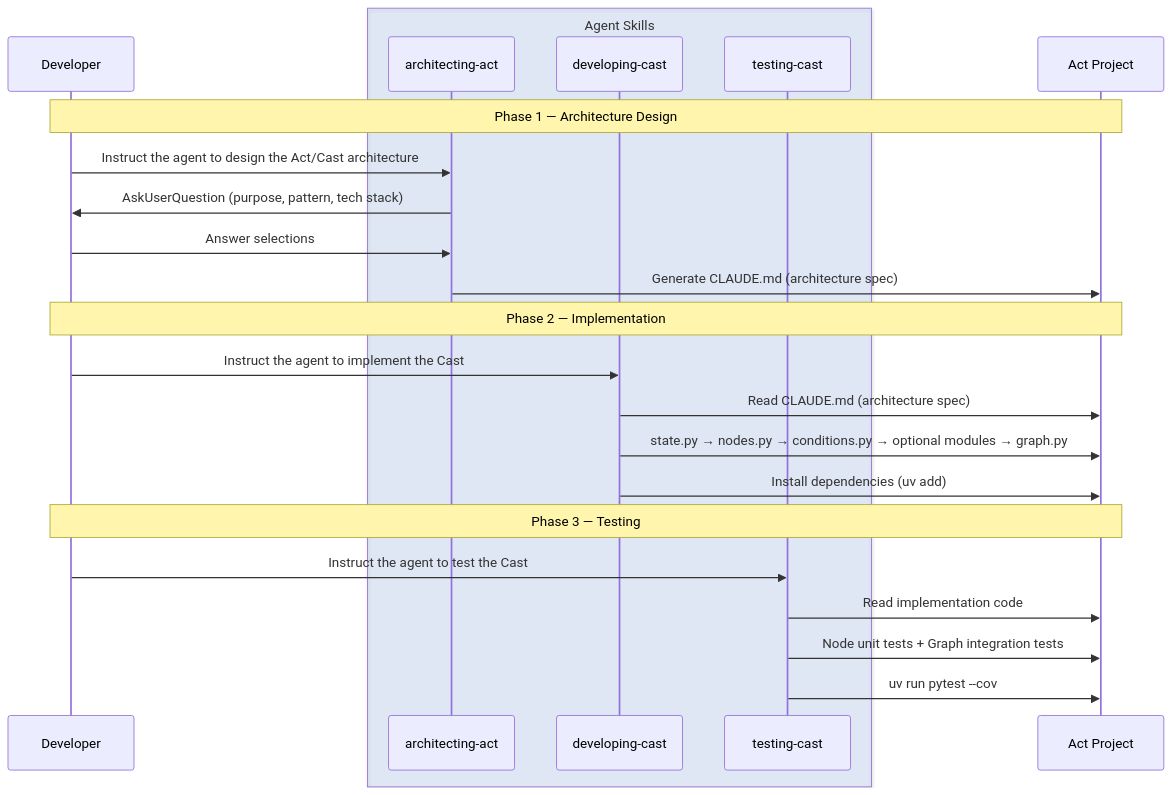
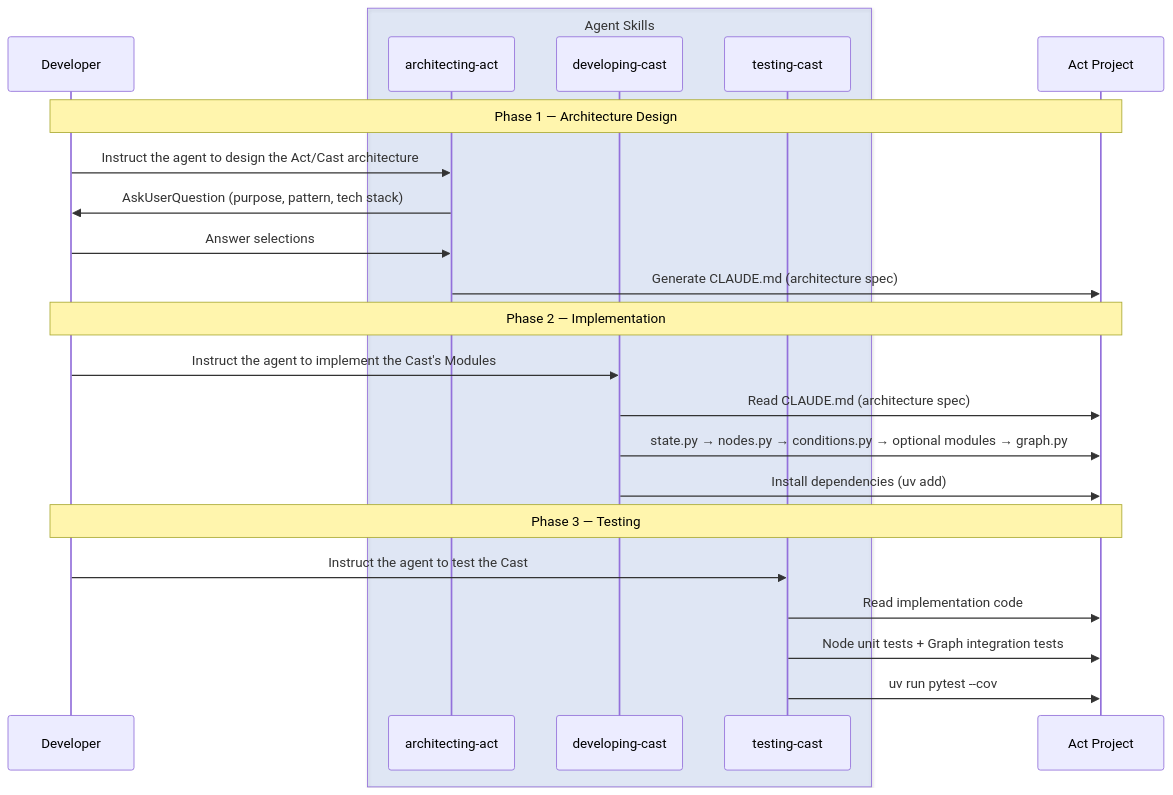
The third of 3 diagrams in README.md (Proact0/act-operator), drawn with Mermaid before and after one commit. The commit also changed 1 other file, not shown here.

Commit message:
docs: refine sequence diagram instructions in README to specify implementation of Cast modules for clarity

````diff
--- a/README.md
+++ b/README.md
@@ -224,28 +224,28 @@
 ```mermaid
 sequenceDiagram
     participant U as Developer
     box rgba(100, 149, 237, 0.15) Agent Skills
         participant AA as architecting-act
         participant DC as developing-cast
         participant TC as testing-cast
     end
     participant P as Act Project
 
     Note over U,P: Phase 1 — Architecture Design
     U->>AA: Instruct the agent to design the Act/Cast architecture
     AA->>U: AskUserQuestion (purpose, pattern, tech stack)
     U->>AA: Answer selections
     AA->>P: Generate CLAUDE.md (architecture spec)
 
     Note over U,P: Phase 2 — Implementation
-    U->>DC: Instruct the agent to implement the Cast
+    U->>DC: Instruct the agent to implement the Cast's Modules
     DC->>P: Read CLAUDE.md (architecture spec)
     DC->>P: state.py → nodes.py → conditions.py → optional modules → graph.py
     DC->>P: Install dependencies (uv add)
 
     Note over U,P: Phase 3 — Testing
     U->>TC: Instruct the agent to test the Cast 
     TC->>P: Read implementation code
     TC->>P: Node unit tests + Graph integration tests
     TC->>P: uv run pytest --cov
 ```
````
